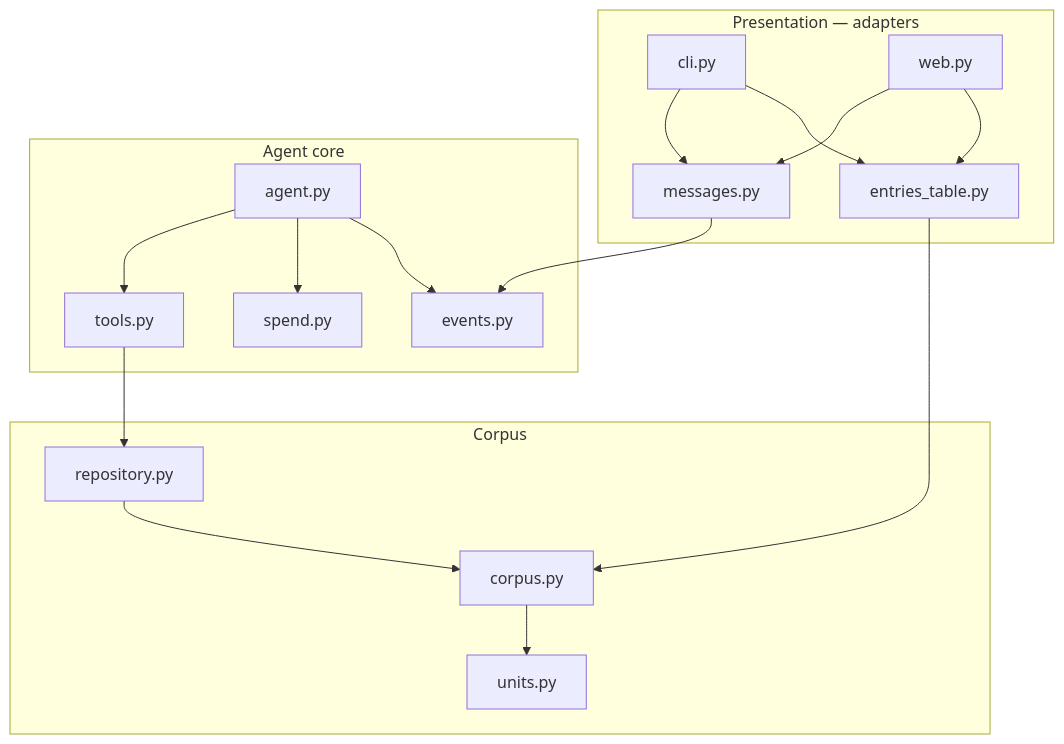
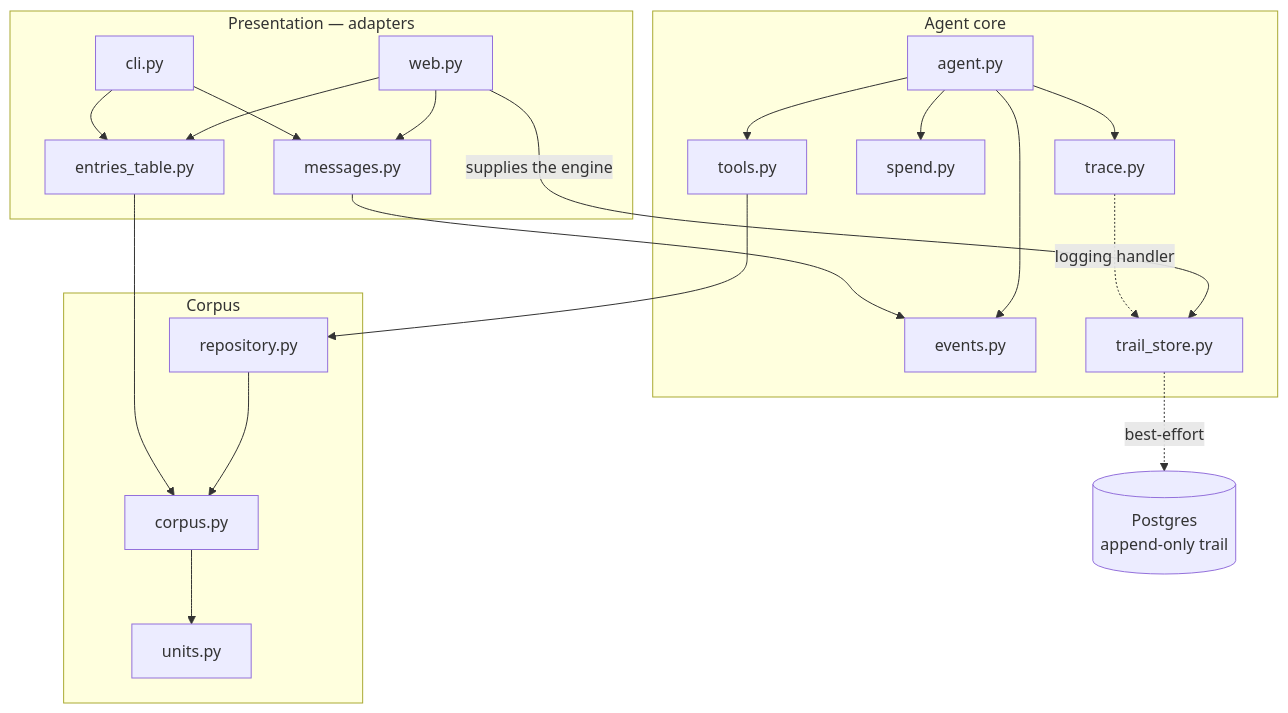
The third of 5 diagrams in docs/diagrams/architecture.md (DukeOfErl/Numera), drawn with Mermaid before and after one commit. The commit also changed other lines of this file and 6 other files, not shown here.

````diff
--- a/docs/diagrams/architecture.md
+++ b/docs/diagrams/architecture.md
@@ -89,33 +89,40 @@
 ```mermaid
 flowchart TB
     subgraph presentation["Presentation — adapters"]
         cli[cli.py]
         web[web.py]
         messages[messages.py]
         table[entries_table.py]
     end
     subgraph core["Agent core"]
         agent[agent.py]
         tools[tools.py]
         spend[spend.py]
         events[events.py]
+        trace[trace.py]
+        store[trail_store.py]
     end
     subgraph data["Corpus"]
         corpus[corpus.py]
         repo[repository.py]
         units[units.py]
     end
+    pg[("Postgres<br/>append-only trail")]
 
     cli --> messages
     web --> messages
     messages --> events
     cli --> table
     web --> table
     table --> corpus
     agent --> tools
     agent --> spend
     agent --> events
+    agent --> trace
     tools --> repo
     repo --> corpus
     corpus --> units
+    trace -. "logging handler" .-> store
+    store -. "best-effort" .-> pg
+    web -- "supplies the engine" --> store
 ```
````
